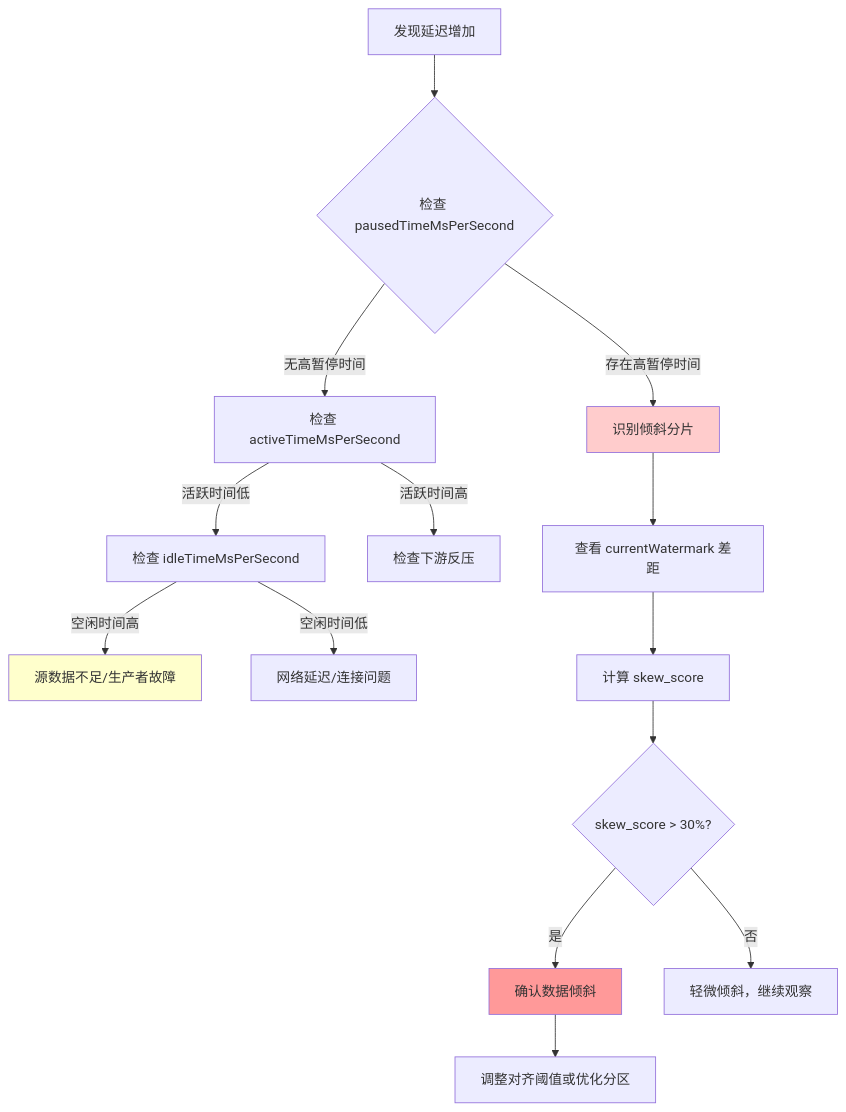
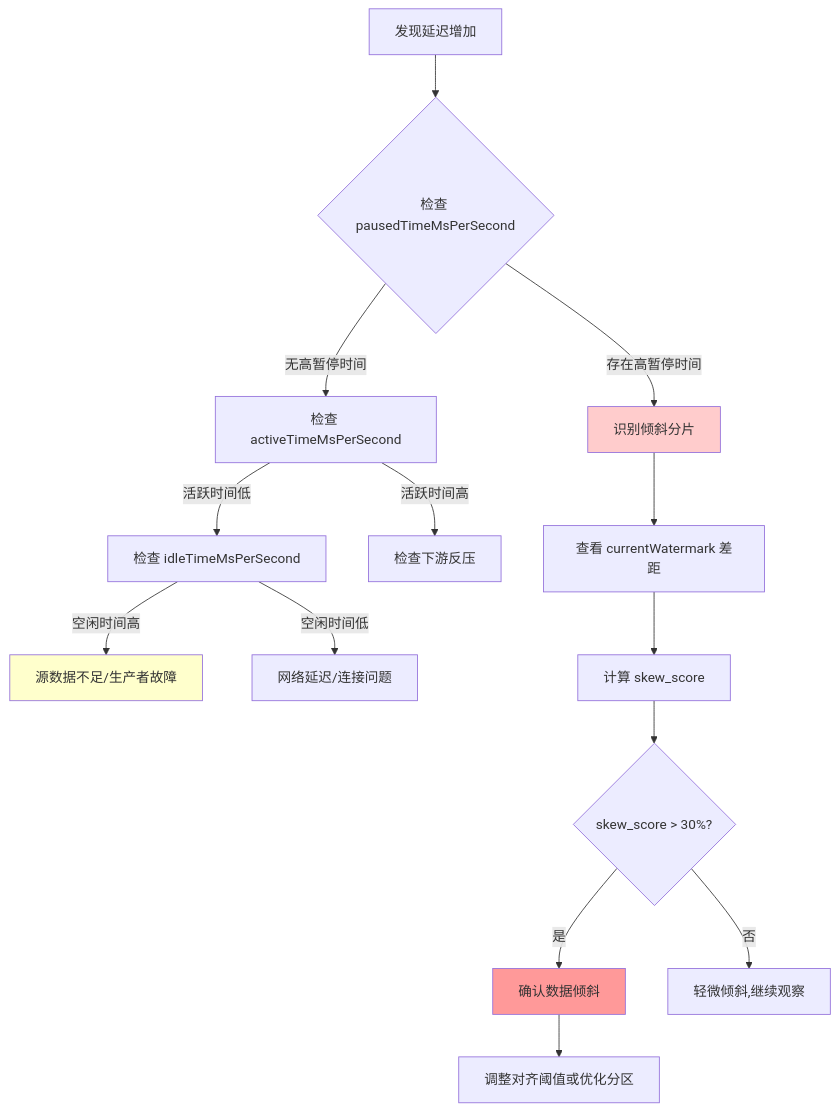
The second of 3 diagrams in Flink/04-runtime/04.03-observability/split-level-watermark-metrics.md (AdaMartin18010/AnalysisDataFlow), drawn with Mermaid before and after one commit. The commit also changed other lines of this file and 634 other files, not shown here.

````diff
--- a/Flink/04-runtime/04.03-observability/split-level-watermark-metrics.md
+++ b/Flink/04-runtime/04.03-observability/split-level-watermark-metrics.md
@@ -560,26 +561,26 @@
 ```mermaid
 flowchart TD
     A[发现延迟增加] --> B{检查 pausedTimeMsPerSecond}
 
     B -->|存在高暂停时间| C[识别倾斜分片]
     B -->|无高暂停时间| D[检查 activeTimeMsPerSecond]
 
     D -->|活跃时间低| E[检查 idleTimeMsPerSecond]
     D -->|活跃时间高| F[检查下游反压]
 
     E -->|空闲时间高| G[源数据不足/生产者故障]
     E -->|空闲时间低| H[网络延迟/连接问题]
 
     C --> I[查看 currentWatermark 差距]
     I --> J[计算 skew_score]
     J --> K{skew_score > 30%?}
 
     K -->|是| L[确认数据倾斜]
-    K -->|否| M[轻微倾斜，继续观察]
+    K -->|否| M[轻微倾斜,继续观察]
 
     L --> N[调整对齐阈值或优化分区]
 
     style C fill:#ffcccc
     style L fill:#ff9999
     style G fill:#ffffcc
 ```
````
